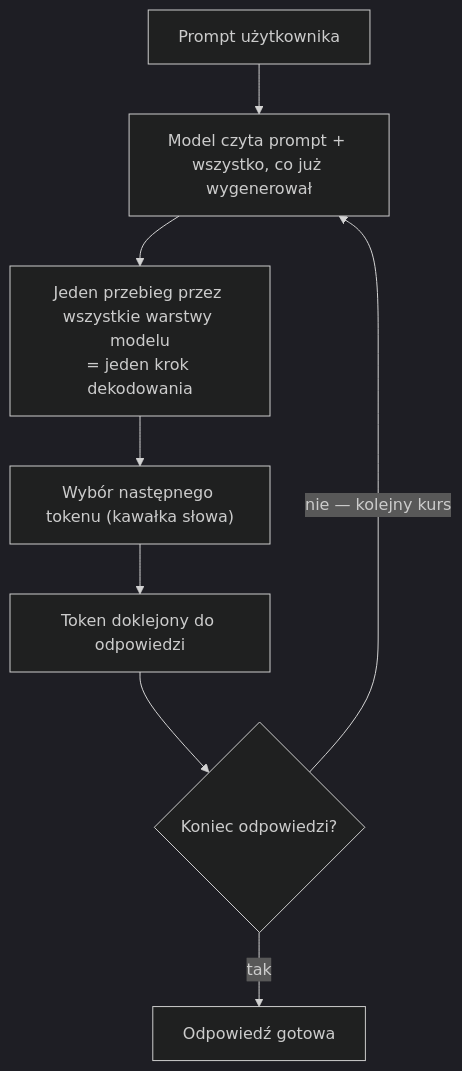
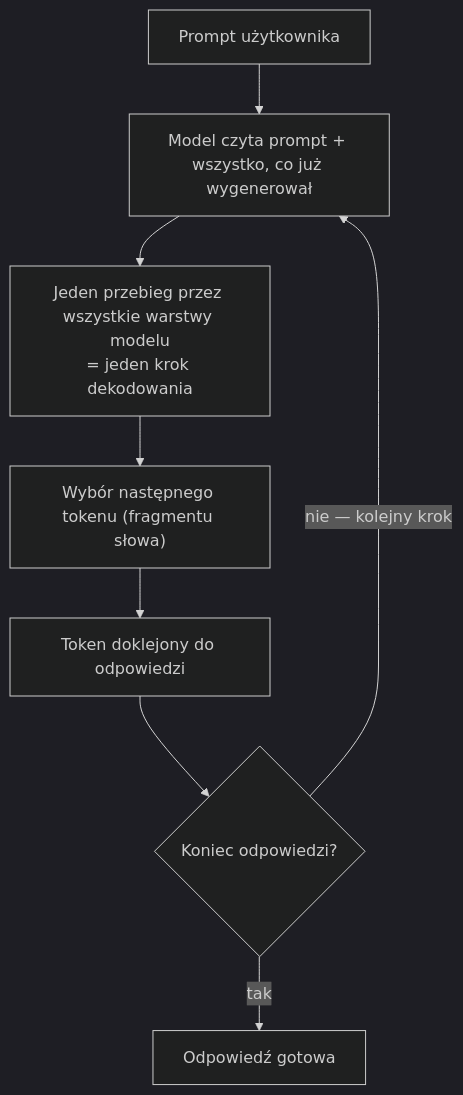
One commit to Czyszka/nanoserve-mini changed the second of 6 diagrams in docs/writeups/w1/nvlink-4way-notatka-decyzyjna.md. Above: the diagram before and after it, drawn with Mermaid (dark theme). The commit also changed other lines of this file, not shown here.

````diff
--- a/docs/writeups/w1/nvlink-4way-notatka-decyzyjna.md
+++ b/docs/writeups/w1/nvlink-4way-notatka-decyzyjna.md
@@ -294,10 +295,10 @@
 ```mermaid
 flowchart TD
     P["Prompt użytkownika"] --> R["Model czyta prompt + wszystko, co już wygenerował"]
     R --> S["Jeden przebieg przez wszystkie warstwy modelu<br/>= jeden krok dekodowania"]
-    S --> T["Wybór następnego tokenu (kawałka słowa)"]
+    S --> T["Wybór następnego tokenu (fragmentu słowa)"]
     T --> A["Token doklejony do odpowiedzi"]
     A --> K{"Koniec odpowiedzi?"}
-    K -- "nie — kolejny kurs" --> R
+    K -- "nie — kolejny krok" --> R
     K -- "tak" --> O["Odpowiedź gotowa"]
 ```
````
